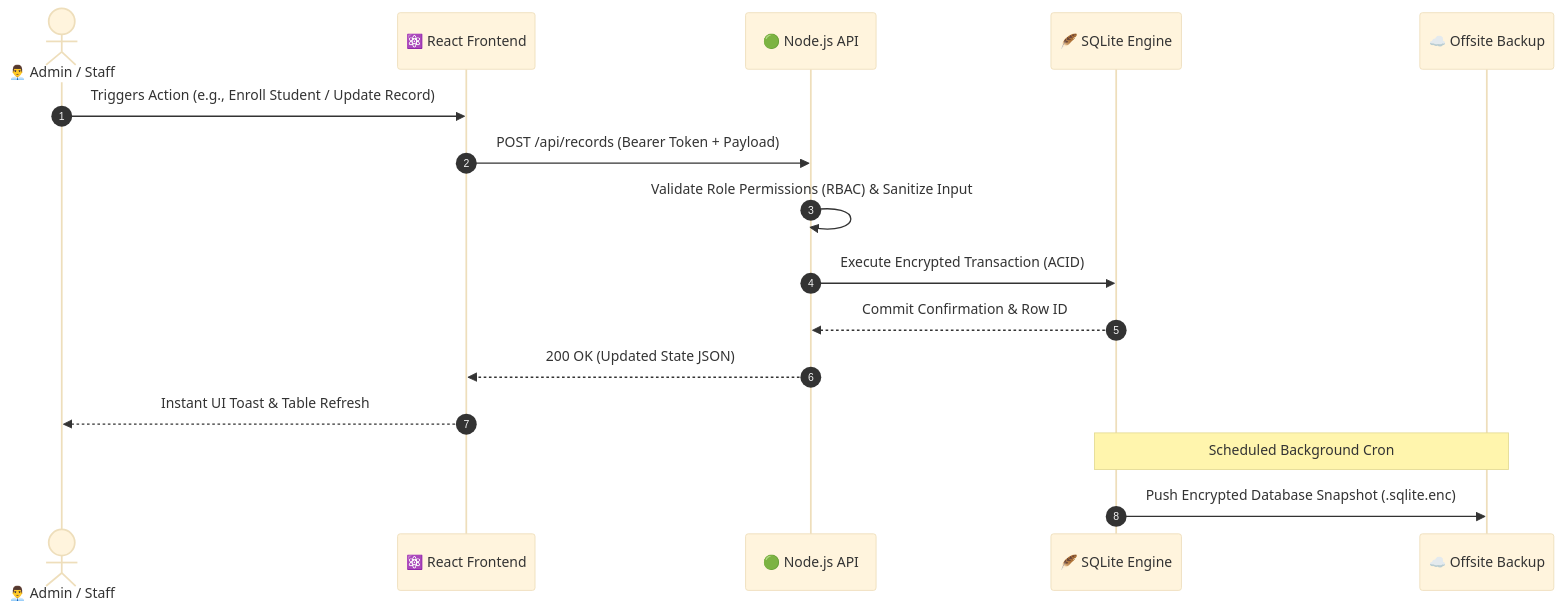
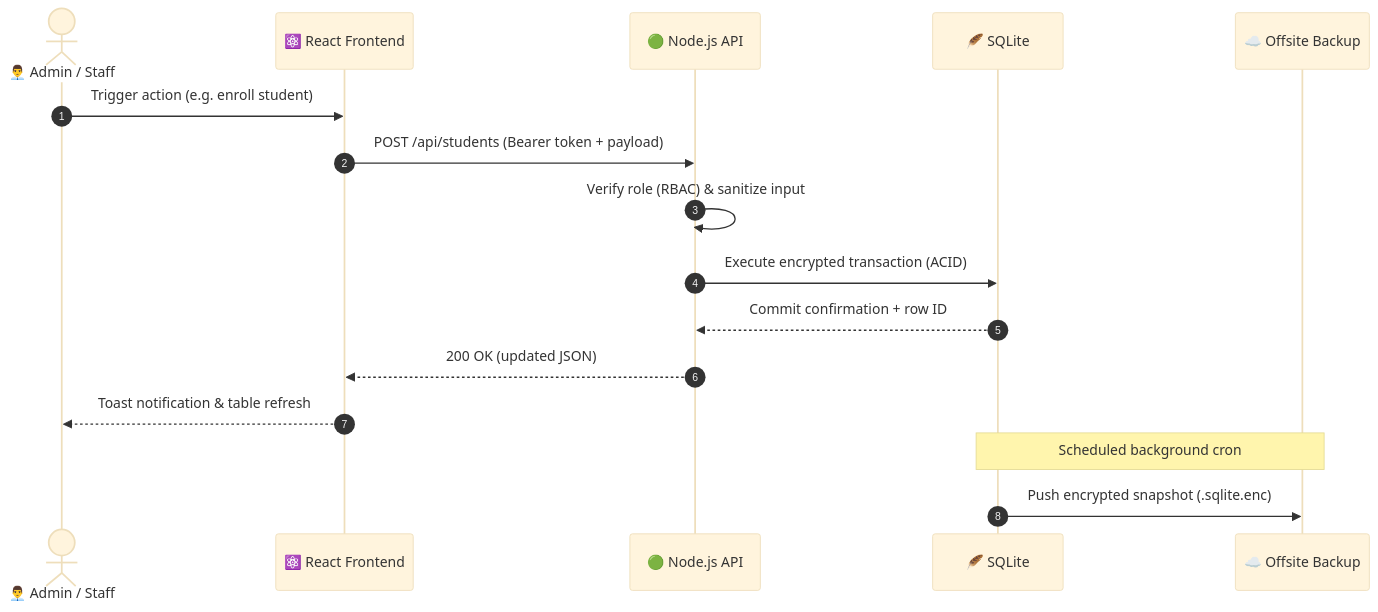
Before and after one commit to Adamnazeri/campusos: the second of 2 diagrams in README.md, drawn with Mermaid (base theme). The commit also changed other lines of this file, not shown here.

````diff
--- a/README.md
+++ b/README.md
@@ -110,19 +124,19 @@
 ```mermaid
 sequenceDiagram
     autonumber
     actor User as 👨‍💼 Admin / Staff
     participant SPA as ⚛️ React Frontend
     participant API as 🟢 Node.js API
-    participant DB as 🪶 SQLite Engine
+    participant DB as 🪶 SQLite
     participant Vault as ☁️ Offsite Backup
 
-    User->>SPA: Triggers Action (e.g., Enroll Student / Update Record)
-    SPA->>API: POST /api/records (Bearer Token + Payload)
-    API->>API: Validate Role Permissions (RBAC) & Sanitize Input
-    API->>DB: Execute Encrypted Transaction (ACID)
-    DB-->>API: Commit Confirmation & Row ID
-    API-->>SPA: 200 OK (Updated State JSON)
-    SPA-->>User: Instant UI Toast & Table Refresh
-    Note over DB,Vault: Scheduled Background Cron
-    DB->>Vault: Push Encrypted Database Snapshot (.sqlite.enc)
+    User->>SPA: Trigger action (e.g. enroll student)
+    SPA->>API: POST /api/students (Bearer token + payload)
+    API->>API: Verify role (RBAC) & sanitize input
+    API->>DB: Execute encrypted transaction (ACID)
+    DB-->>API: Commit confirmation + row ID
+    API-->>SPA: 200 OK (updated JSON)
+    SPA-->>User: Toast notification & table refresh
+    Note over DB,Vault: Scheduled background cron
+    DB->>Vault: Push encrypted snapshot (.sqlite.enc)
 ```
````
